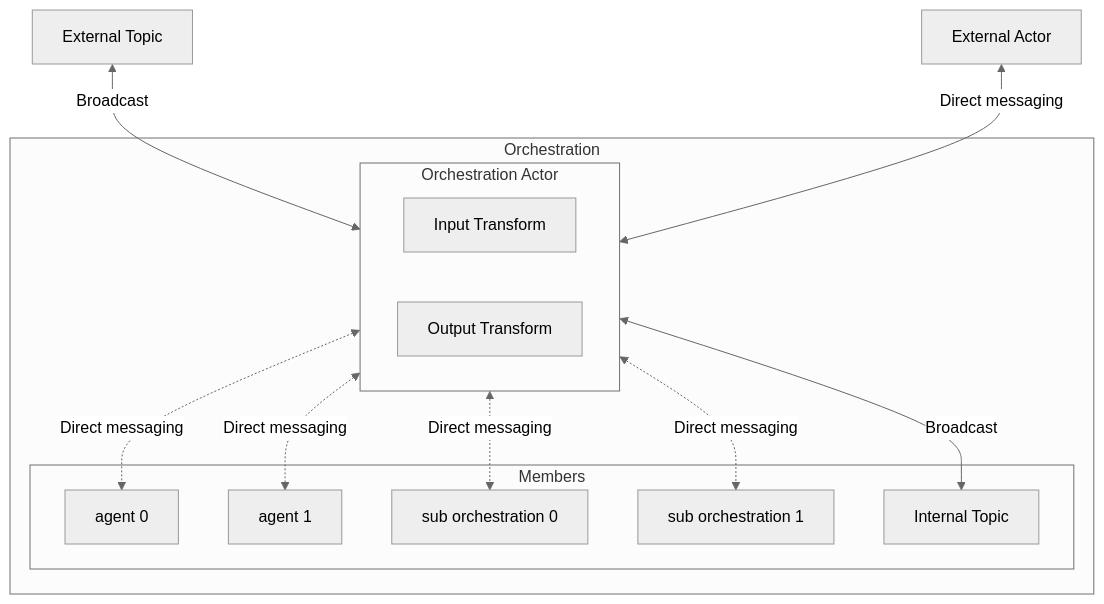
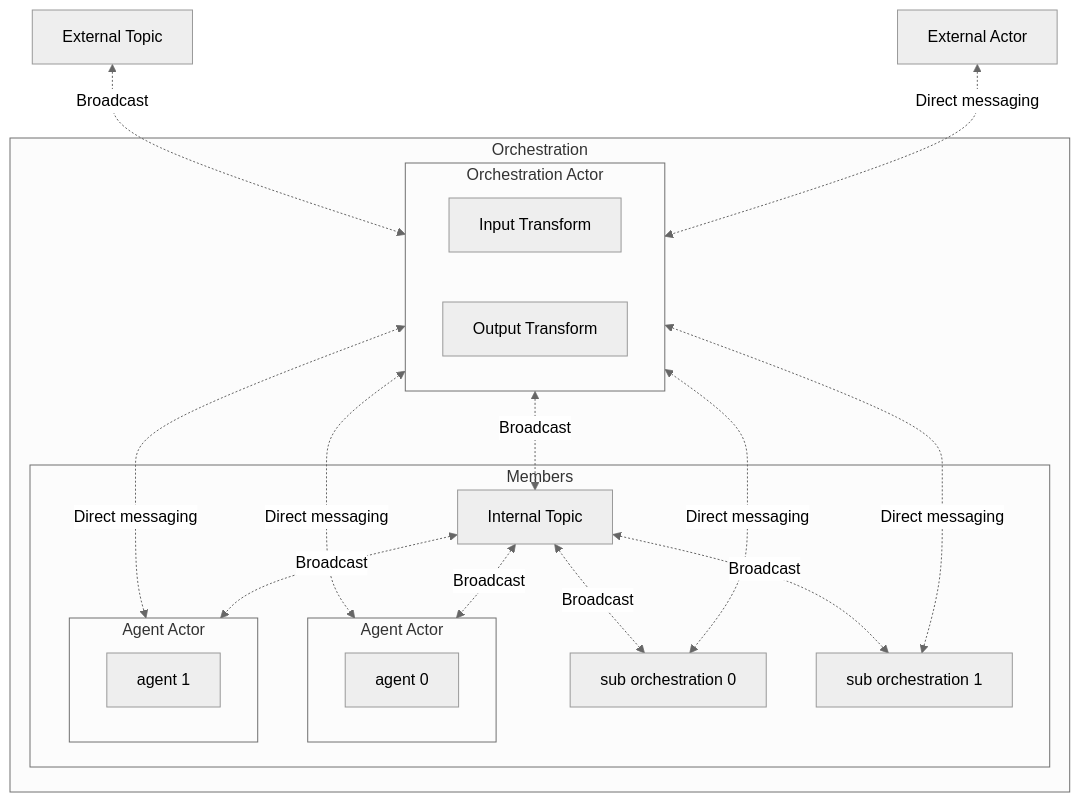
Before and after one commit to microsoft/semantic-kernel: the second of 6 diagrams in docs/decisions/00xx-multi-agent-orchestration.md, drawn with Mermaid (neutral theme). The commit also changed other lines of this file, not shown here.

````diff
--- a/docs/decisions/00xx-multi-agent-orchestration.md
+++ b/docs/decisions/00xx-multi-agent-orchestration.md
@@ -152,33 +201,43 @@
 ```mermaid
 graph TD
   %% External
   EXT_Topic[External Topic]
   EXT_Actor[External Actor]
 
   %% Outer Block
   subgraph Orchestration
     subgraph OA[Orchestration Actor]
       InputTransform[Input Transform]
       OutputTransform[Output Transform]
     end
 
     subgraph Members[Members]
-      AG0[agent 0]
-      AG1[agent 1]
+      subgraph AA0[Agent Actor]
+        AG0[agent 0]
+      end
+      subgraph AA1[Agent Actor]
+        AG1[agent 1]
+      end
+
       SO0[sub orchestration 0]
       SO1[sub orchestration 1]
       IT[Internal Topic]
     end
 
   end
 
   %% Connections
-  EXT_Topic <--> |Broadcast| OA
-  EXT_Actor <--> |Direct messaging| OA
-  OA <--> |Broadcast| IT
+  EXT_Topic <-.Broadcast.-> OA
+  EXT_Actor <-.Direct messaging.-> OA
+  OA <-.Broadcast.-> IT
 
-  OA <-.Direct messaging.-> AG0
-  OA <-.Direct messaging.-> AG1
+  OA <-.Direct messaging.-> AA0
+  OA <-.Direct messaging.-> AA1
   OA <-.Direct messaging.-> SO0
   OA <-.Direct messaging.-> SO1
+
+  IT <-.Broadcast.-> AA0
+  IT <-.Broadcast.-> AA1
+  IT <-.Broadcast.-> SO0
+  IT <-.Broadcast.-> SO1
 ```
````
